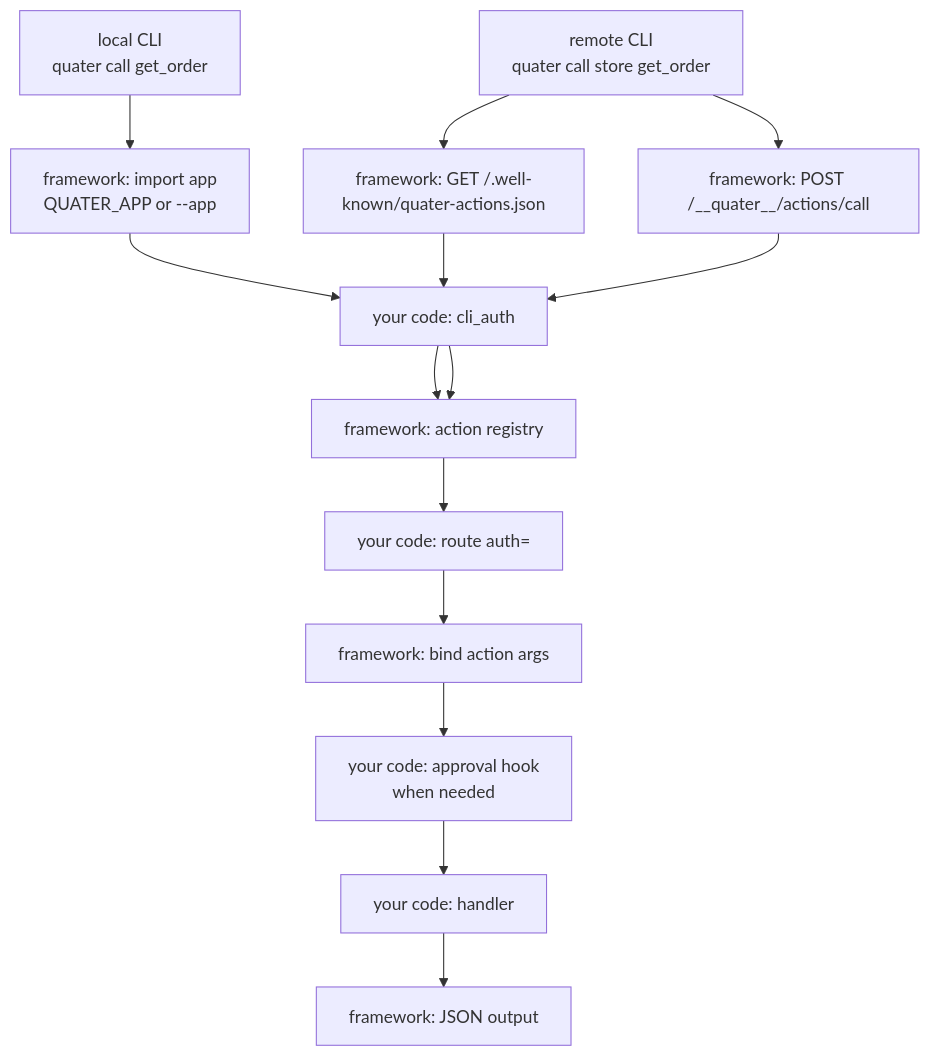
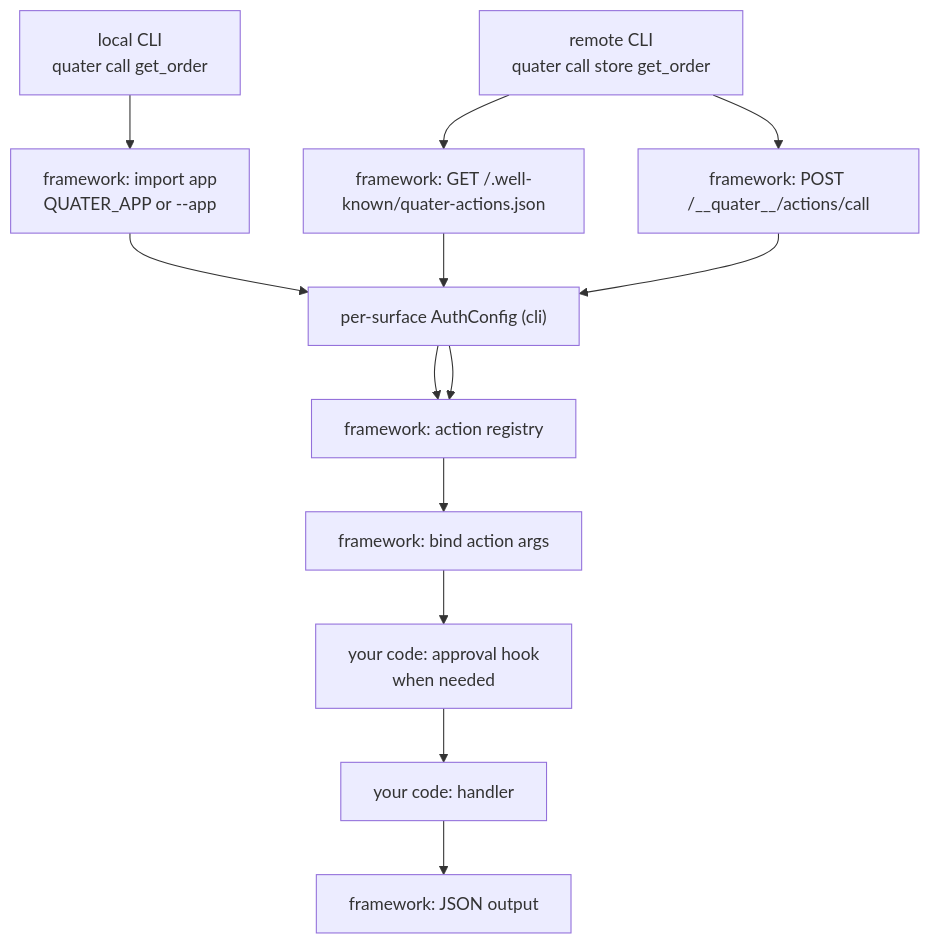
The diagram in docs/en/dev/actions.md (yanurag-dev/quater), drawn with Mermaid before and after one commit. The commit also changed other lines of this file and 80 other files, not shown here.

Commit message:
Fixed #54 -- Refactored authentication into per surface control layer.

````diff
--- a/docs/en/dev/actions.md
+++ b/docs/en/dev/actions.md
@@ -136,20 +136,19 @@
 ```mermaid
 flowchart TB
     local["local CLI\nquater call get_order"]
     import_app["framework: import app\nQUATER_APP or --app"]
     remote["remote CLI\nquater call store get_order"]
     manifest["framework: GET /.well-known/quater-actions.json"]
     rpc["framework: POST /__quater__/actions/call"]
-    cli_auth["your code: cli_auth"]
+    cli_auth["per-surface AuthConfig (cli)"]
     registry["framework: action registry"]
-    route_auth["your code: route auth="]
     bind["framework: bind action args"]
     approval["your code: approval hook\nwhen needed"]
     handler["your code: handler"]
     output["framework: JSON output"]
 
     local --> import_app --> cli_auth --> registry
     remote --> manifest --> cli_auth
     remote --> rpc --> cli_auth --> registry
-    registry --> route_auth --> bind --> approval --> handler --> output
+    registry --> bind --> approval --> handler --> output
 ```
````
